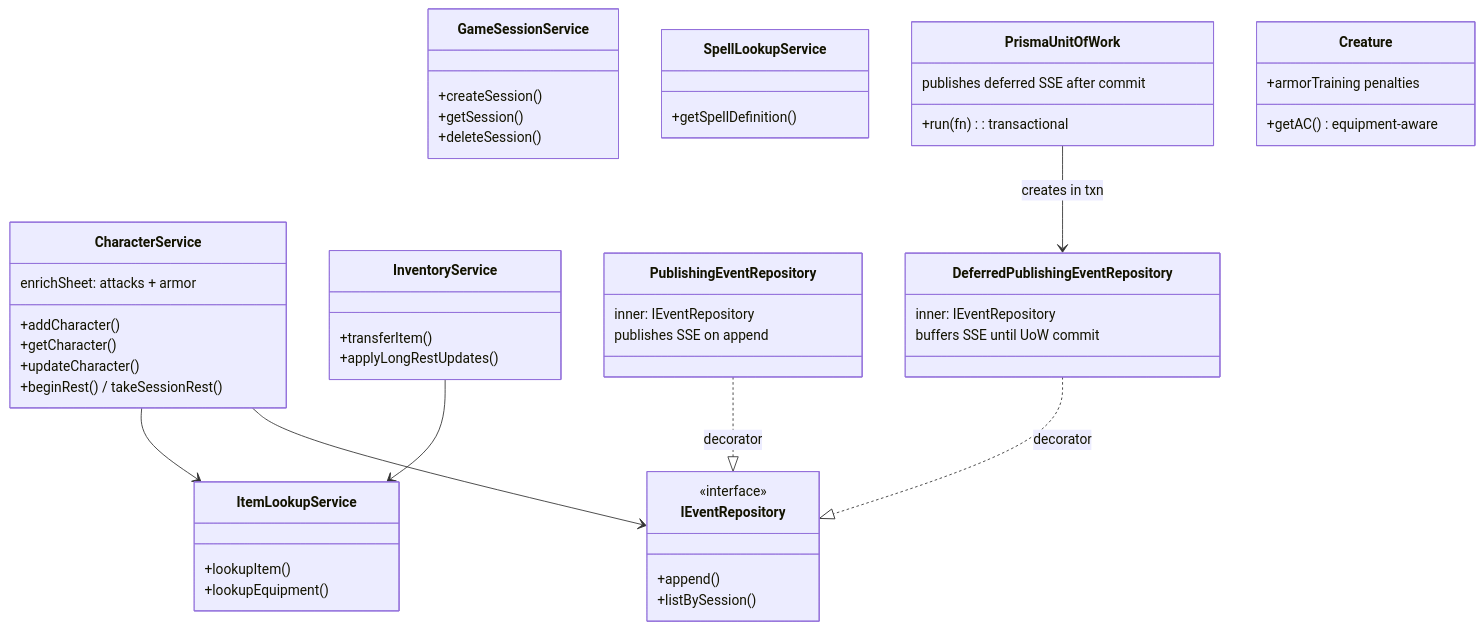
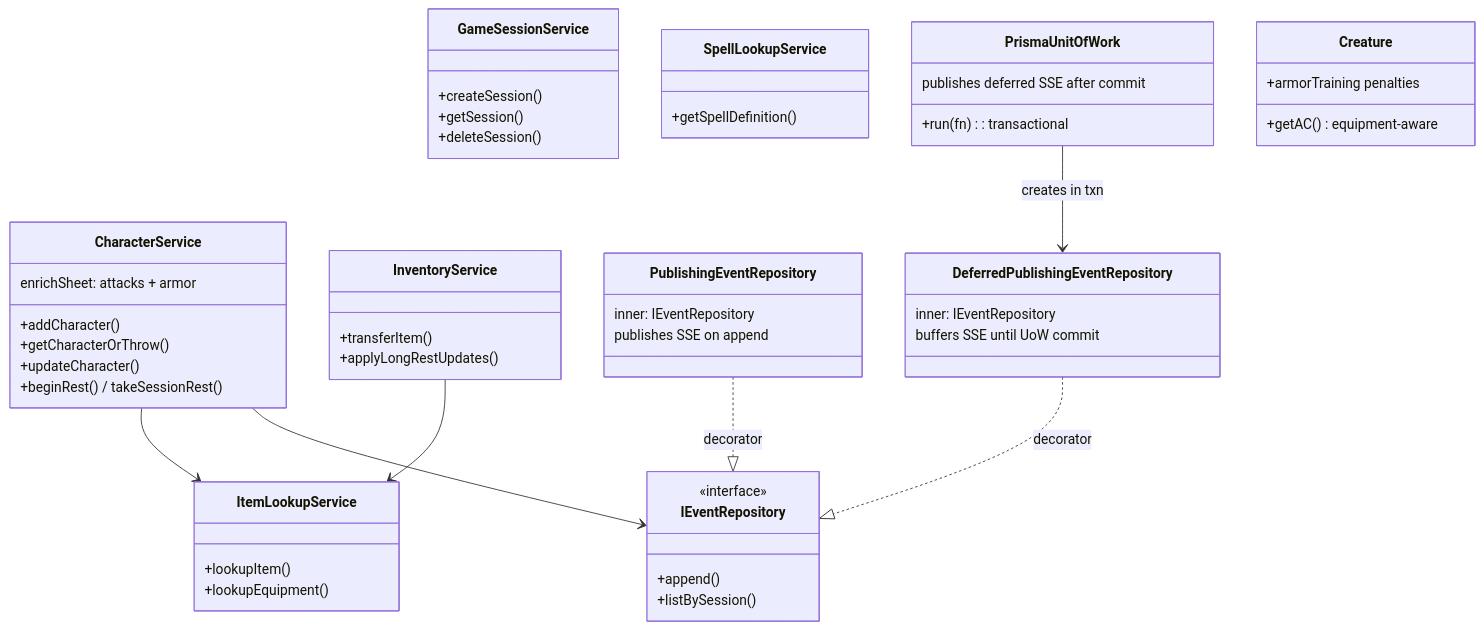
Before and after one commit to mweyamutsvene/DungeonMaster: the diagram in .github/instructions/entity-management.instructions.md, drawn with Mermaid. The commit also changed other lines of this file and 139 other files, not shown here.

Commit message:
docs: sync SME audits, flow instructions, and TWF scaffolding

````diff
--- a/.github/instructions/entity-management.instructions.md
+++ b/.github/instructions/entity-management.instructions.md
@@ -13,54 +13,54 @@
 ```mermaid
 classDiagram
     class CharacterService {
         +addCharacter()
-        +getCharacter()
+        +getCharacterOrThrow()
         +updateCharacter()
         +beginRest() / takeSessionRest()
         enrichSheet: attacks + armor
     }
     class GameSessionService {
         +createSession()
         +getSession()
         +deleteSession()
     }
     class SpellLookupService {
         +getSpellDefinition()
     }
     class ItemLookupService {
         +lookupItem()
         +lookupEquipment()
     }
     class InventoryService {
         +transferItem()
         +applyLongRestUpdates()
     }
     class IEventRepository {
         <<interface>>
         +append()
         +listBySession()
     }
     class PublishingEventRepository {
         inner: IEventRepository
         publishes SSE on append
     }
     class DeferredPublishingEventRepository {
         inner: IEventRepository
         buffers SSE until UoW commit
     }
     class PrismaUnitOfWork {
         +run(fn) : transactional
         publishes deferred SSE after commit
     }
     class Creature {
         +getAC() equipment-aware
         +armorTraining penalties
     }
 
     CharacterService --> IEventRepository
     CharacterService --> ItemLookupService
     PublishingEventRepository ..|> IEventRepository : decorator
     DeferredPublishingEventRepository ..|> IEventRepository : decorator
     PrismaUnitOfWork --> DeferredPublishingEventRepository : creates in txn
     InventoryService --> ItemLookupService
 ```
````
